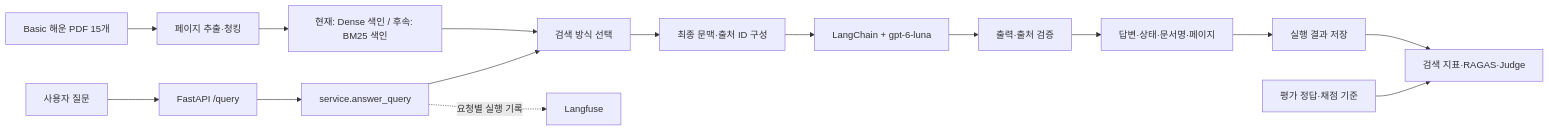
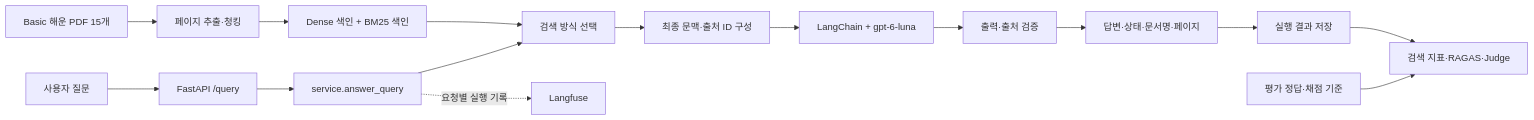
The diagram in docs/design/architecture.md (Somali-AI-Pirates/ADEN), drawn with Mermaid before and after one commit. The commit also changed other lines of this file and 2 other files, not shown here.

````diff
--- a/docs/design/architecture.md
+++ b/docs/design/architecture.md
@@ -52,17 +52,17 @@
 ```mermaid
 flowchart LR
     PDF[Basic 해운 PDF 15개] --> ING[페이지 추출·청킹]
-    ING --> IDX[현재: Dense 색인 / 후속: BM25 색인]
+    ING --> IDX[Dense 색인 + BM25 색인]
     Q[사용자 질문] --> API[FastAPI /query]
     API --> SVC[service.answer_query]
     SVC --> RET[검색 방식 선택]
     IDX --> RET
     RET --> CTX[최종 문맥·출처 ID 구성]
     CTX --> GEN[LangChain + gpt-6-luna]
     GEN --> VAL[출력·출처 검증]
     VAL --> OUT[답변·상태·문서명·페이지]
     SVC -. 요청별 실행 기록 .-> LF[Langfuse]
     OUT --> SAVE[실행 결과 저장]
     SAVE --> EVAL[검색 지표·RAGAS·Judge]
     REF[평가 정답·채점 기준] --> EVAL
 ```
````
